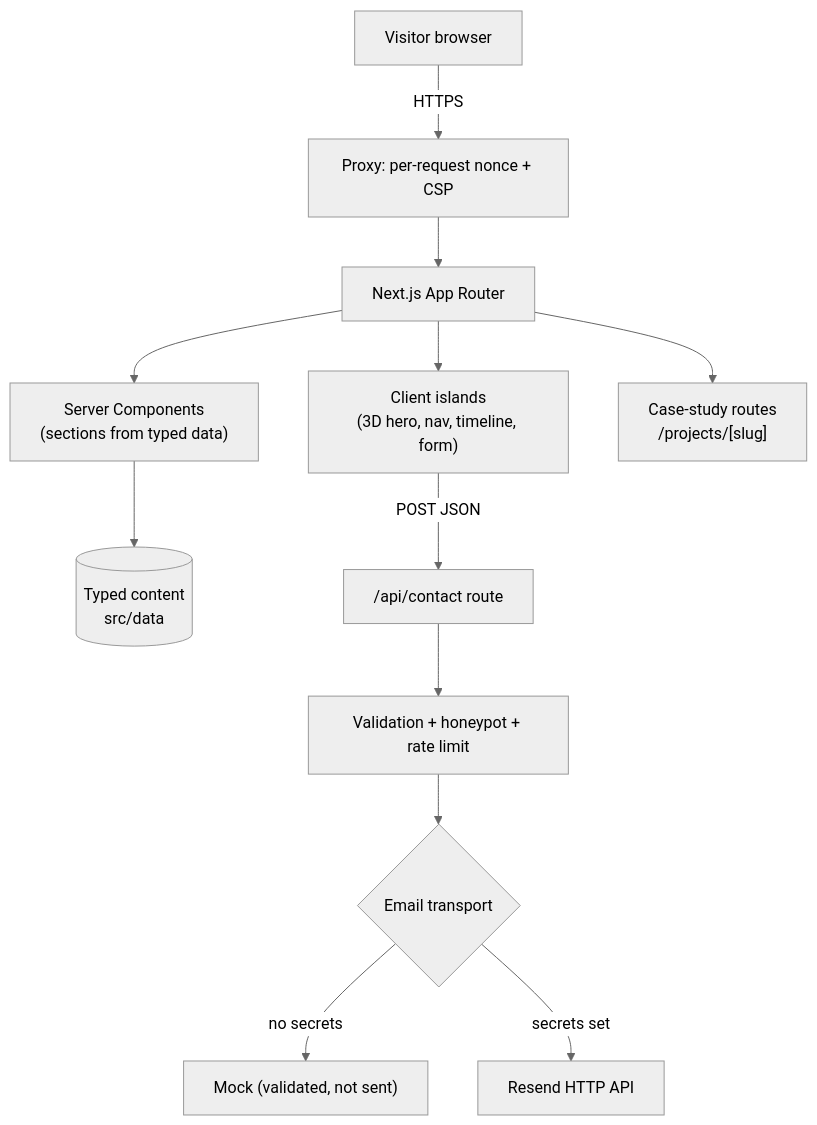
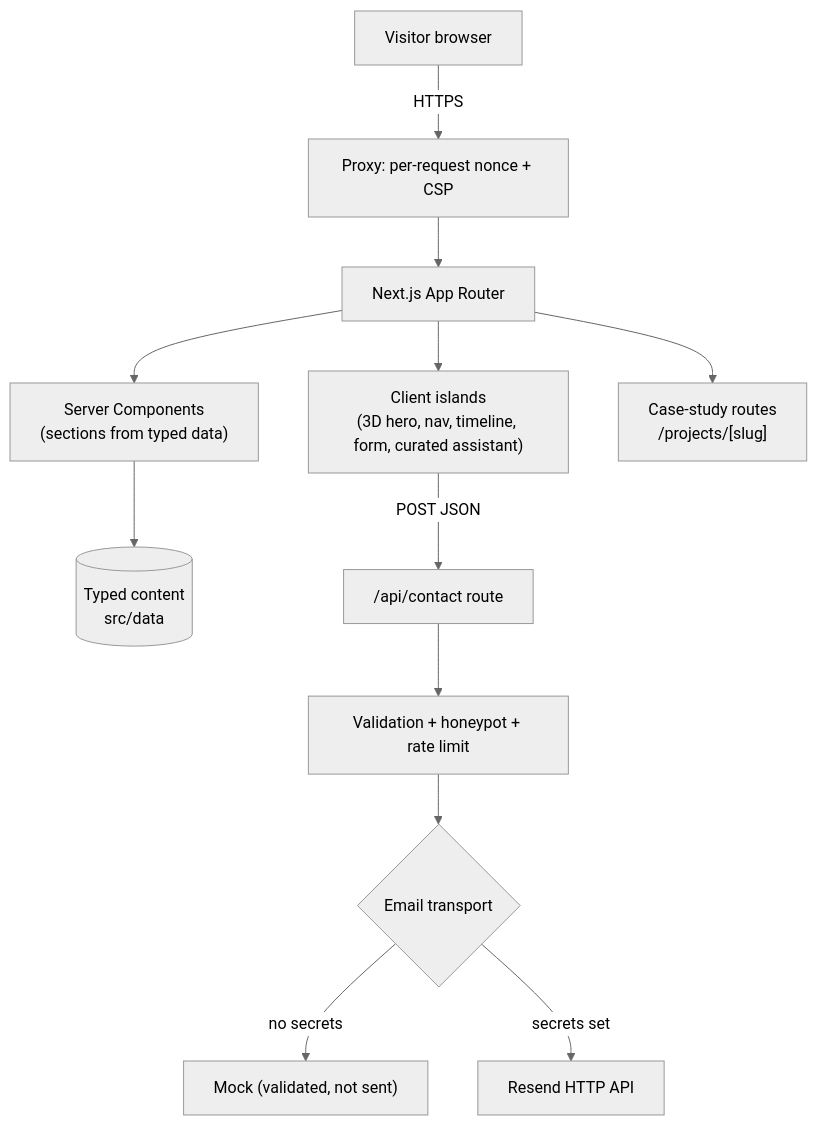
Before and after one commit to omarjosephf/ojflorendo-portfolio: the diagram in README.md, drawn with Mermaid (neutral theme). The commit also changed other lines of this file and 11 other files, not shown here.

First line of the commit message:
feat(assistant): add the curated no-inference portfolio guide

````diff
--- a/README.md
+++ b/README.md
@@ -78,14 +84,14 @@
 ```mermaid
 flowchart TD
   V["Visitor browser"] -->|HTTPS| P["Proxy: per-request nonce + CSP"]
   P --> A["Next.js App Router"]
   A --> RSC["Server Components<br/>(sections from typed data)"]
-  A --> CC["Client islands<br/>(3D hero, nav, timeline, form)"]
+  A --> CC["Client islands<br/>(3D hero, nav, timeline, form, curated assistant)"]
   RSC --> D[("Typed content<br/>src/data")]
   A --> CS["Case-study routes<br/>/projects/[slug]"]
   CC -->|"POST JSON"| API["/api/contact route"]
   API --> VAL["Validation + honeypot + rate limit"]
   VAL --> T{"Email transport"}
   T -->|"no secrets"| MOCK["Mock (validated, not sent)"]
   T -->|"secrets set"| RESEND["Resend HTTP API"]
 ```
````
